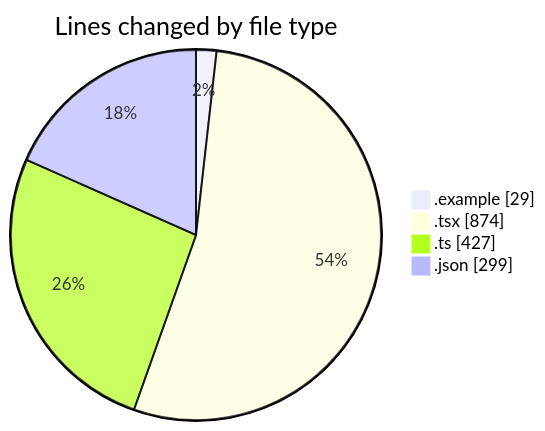
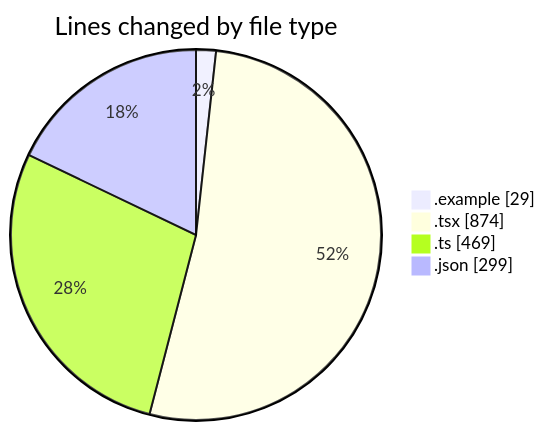
The first of 2 diagrams in 2025-11-16/eventscop-frontend-guide__workspace_/README.md (julien-gomy/code-tracking), drawn with Mermaid before and after one commit. The commit also changed other lines of this file and 1 other file, not shown here.

````diff
--- a/2025-11-16/eventscop-frontend-guide__workspace_/README.md
+++ b/2025-11-16/eventscop-frontend-guide__workspace_/README.md
@@ -33,8 +33,8 @@
 ```mermaid
 pie showData
 title Lines changed by file type
 ".example" : 29
 ".tsx" : 874
-".ts" : 427
+".ts" : 469
 ".json" : 299
 ```
````
